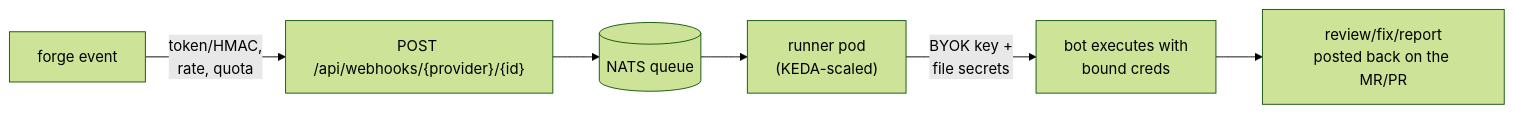
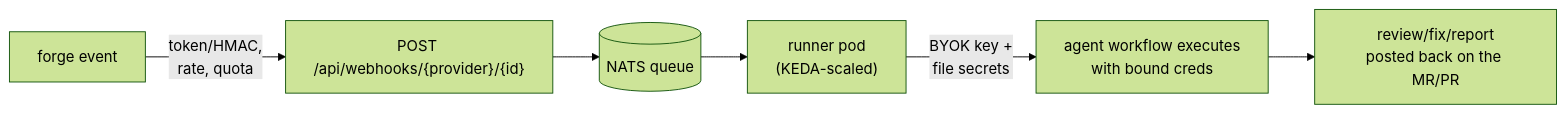
Before and after one commit to betagouv/gitscan: the second of 2 diagrams in repos/SocialGouv/iterion/README.md, drawn with Mermaid (forest theme). The commit also changed other lines of this file and 7 other files, not shown here.

````diff
--- a/repos/SocialGouv/iterion/README.md
+++ b/repos/SocialGouv/iterion/README.md
@@ -122,8 +131,8 @@
 ```mermaid
 flowchart LR
   FORGE["forge event"] -- "token/HMAC,<br/>rate, quota" --> HOOK["POST /api/webhooks/{provider}/{id}"]
   HOOK --> NATS[("NATS queue")]
   NATS --> RUNNER["runner pod<br/>(KEDA-scaled)"]
-  RUNNER -- "BYOK key +<br/>file secrets" --> BOT["bot executes with<br/>bound creds"]
-  BOT --> POST["review/fix/report<br/>posted back on the MR/PR"]
+  RUNNER -- "BYOK key +<br/>file secrets" --> WORKFLOW["agent workflow executes<br/>with bound creds"]
+  WORKFLOW --> POST["review/fix/report<br/>posted back on the MR/PR"]
 ```
````
